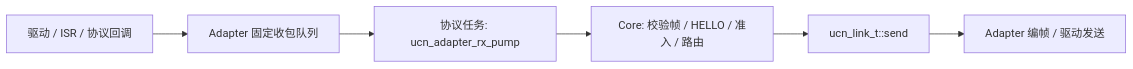
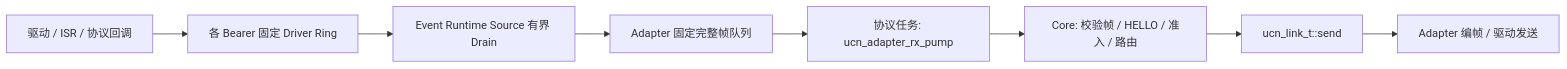
One commit to ice-infinite/UCN changed the diagram in docs/UCN_Adapter_契约.md. Above: the diagram before and after it, drawn with Mermaid. The commit also changed other lines of this file and 65 other files, not shown here.

````diff
--- a/docs/UCN_Adapter_契约.md
+++ b/docs/UCN_Adapter_契约.md
@@ -9,8 +9,10 @@
 ```mermaid
 flowchart LR
-    D["驱动 / ISR / 协议回调"] --> Q["Adapter 固定收包队列"]
+    D["驱动 / ISR / 协议回调"] --> R["各 Bearer 固定 Driver Ring"]
+    R --> E["Event Runtime Source 有界 Drain"]
+    E --> Q["Adapter 固定完整帧队列"]
     Q --> P["协议任务: ucn_adapter_rx_pump"]
     P --> H["Core: 校验帧 / HELLO / 准入 / 路由"]
     H --> L["ucn_link_t::send"]
     L --> T["Adapter 编帧 / 驱动发送"]
 ```
````
